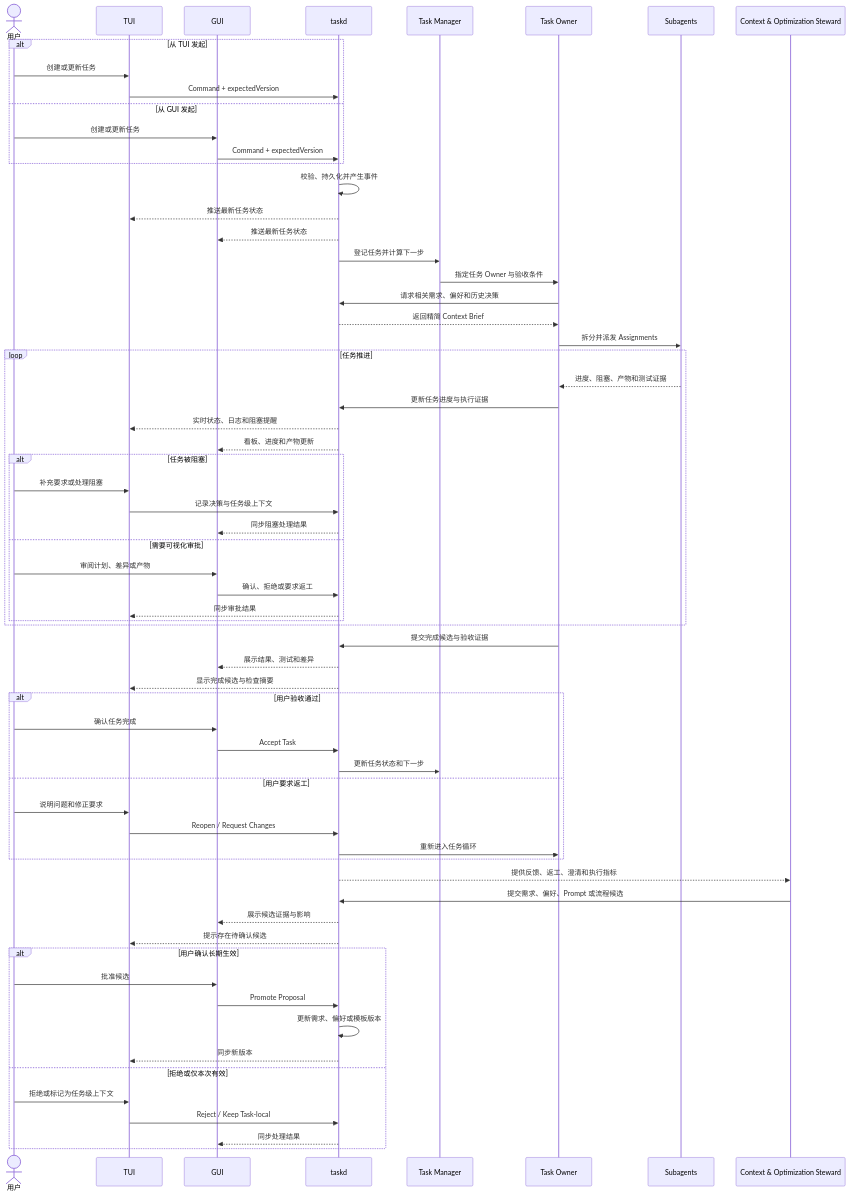
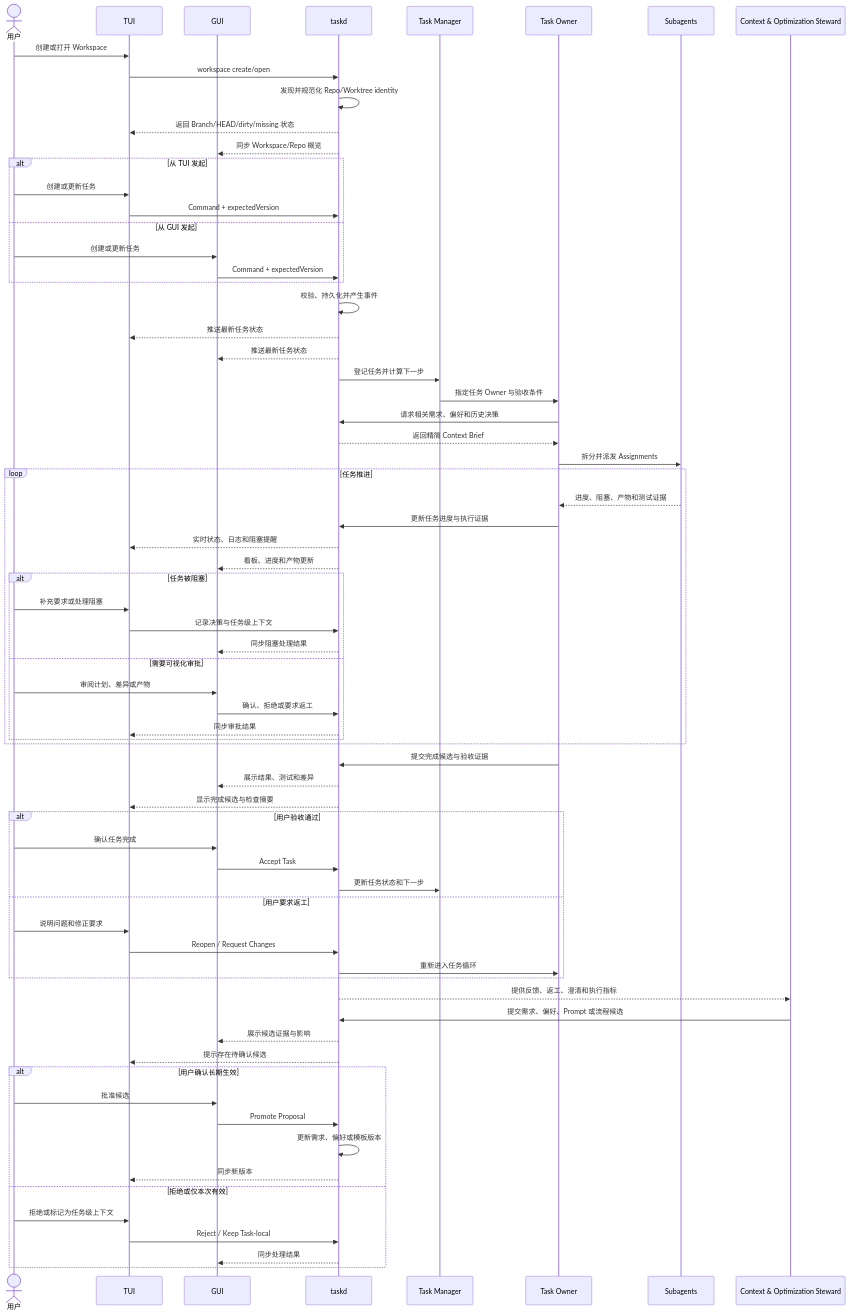
One commit to cecil-su/agent-steward changed the diagram in docs/v1/16-tui-gui-interaction-flow.md. Above: the diagram before and after it, drawn with Mermaid. The commit also changed other lines of this file and 22 other files, not shown here.

```diff
--- a/docs/v1/16-tui-gui-interaction-flow.md
+++ b/docs/v1/16-tui-gui-interaction-flow.md
@@ -12,6 +12,12 @@
     participant Owner as Task Owner
     participant Agents as Subagents
     participant Steward as Context & Optimization Steward
+
+    User->>TUI: 创建或打开 Workspace
+    TUI->>Core: workspace create/open
+    Core->>Core: 发现并规范化 Repo/Worktree identity
+    Core-->>TUI: 返回 Branch/HEAD/dirty/missing 状态
+    Core-->>GUI: 同步 Workspace/Repo 概览
 
     alt 从 TUI 发起
         User->>TUI: 创建或更新任务
```
